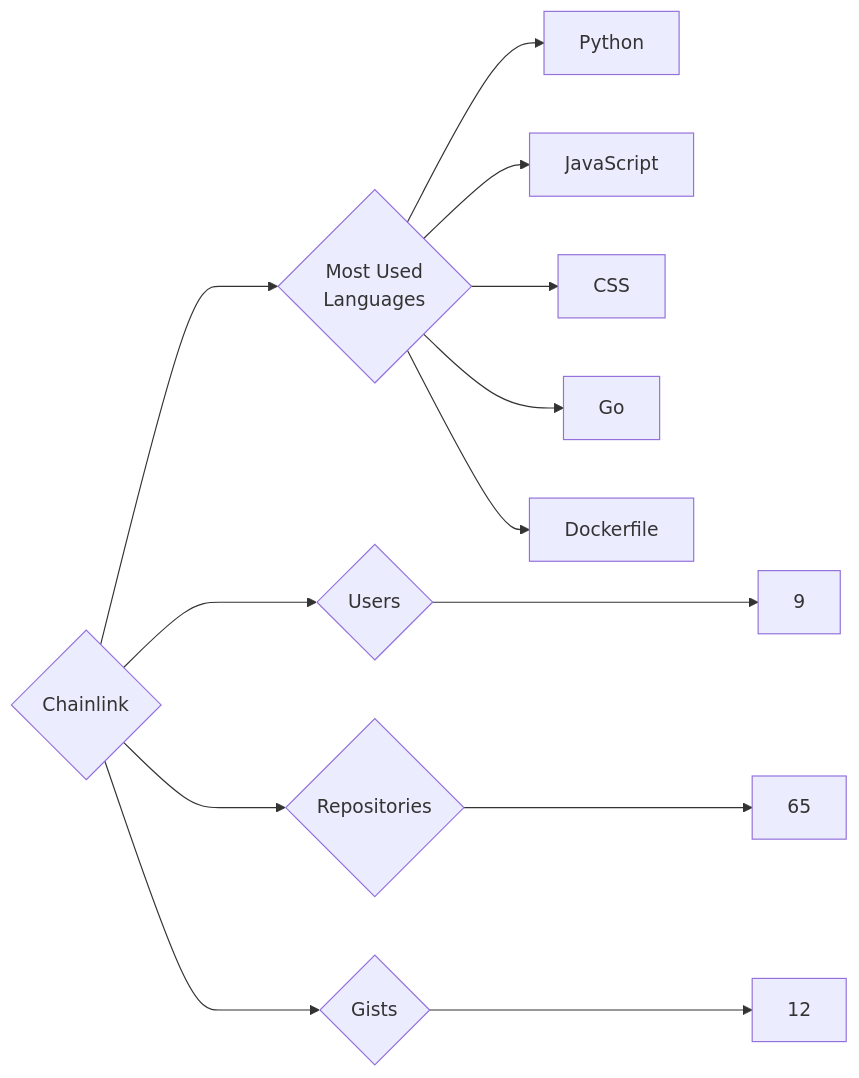
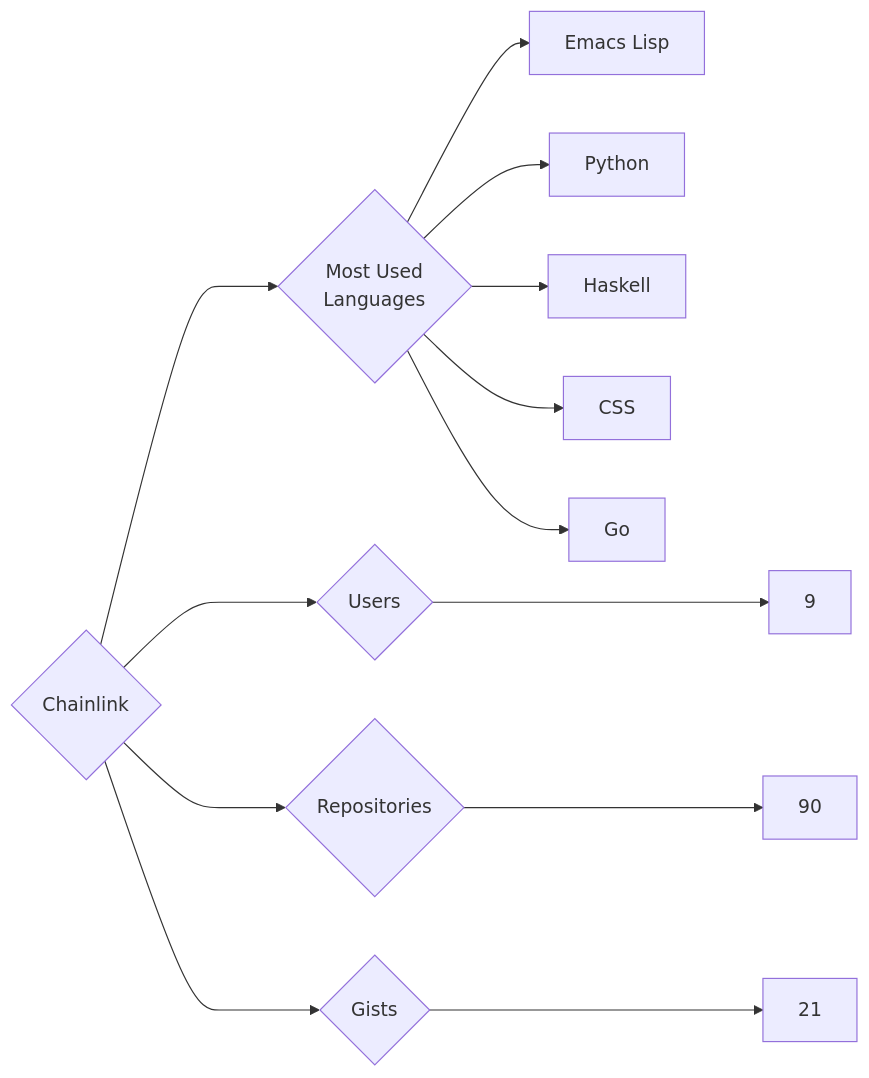
One commit to trickest/insiders changed the diagram in targets/Chainlink/README.md. Above: the diagram before and after it, drawn with Mermaid. The commit also changed 1055 other files, not shown here.

````diff
--- a/targets/Chainlink/README.md
+++ b/targets/Chainlink/README.md
@@ -3,13 +3,13 @@
 ```mermaid
 graph LR
 COMPANY_NAME{Chainlink}
 COMPANY_NAME ---> U{Users} ---> UN[9]
-COMPANY_NAME ---> R{Repositories} ---> RN[65]
-COMPANY_NAME ---> G{Gists} ---> GN[12]
+COMPANY_NAME ---> R{Repositories} ---> RN[90]
+COMPANY_NAME ---> G{Gists} ---> GN[21]
 COMPANY_NAME ---> ML{Most Used<br>Languages}
+ML --> Emacs_Lisp[Emacs Lisp]
 ML --> Python[Python]
-ML --> JavaScript[JavaScript]
+ML --> Haskell[Haskell]
 ML --> CSS[CSS]
 ML --> Go[Go]
-ML --> Dockerfile[Dockerfile]
 ```
````
